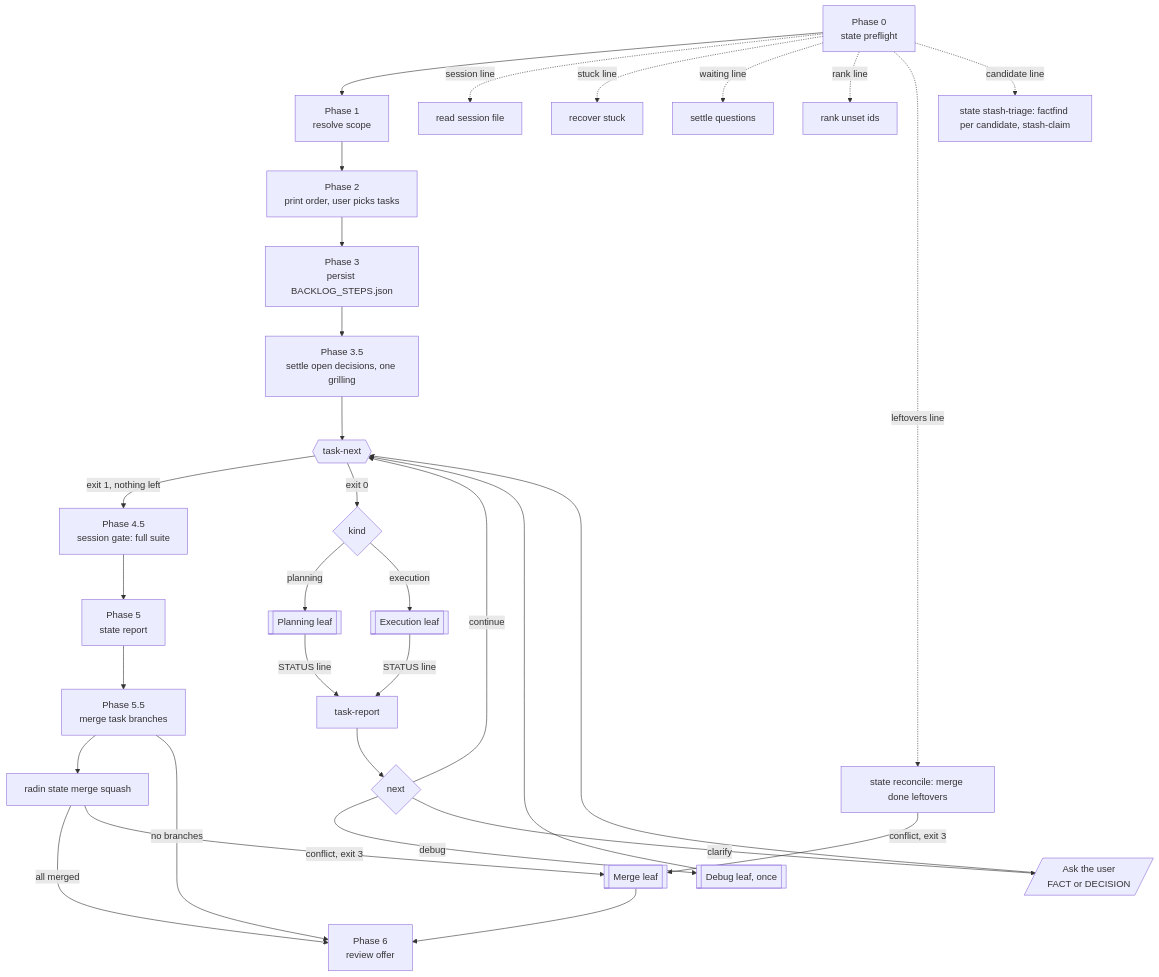
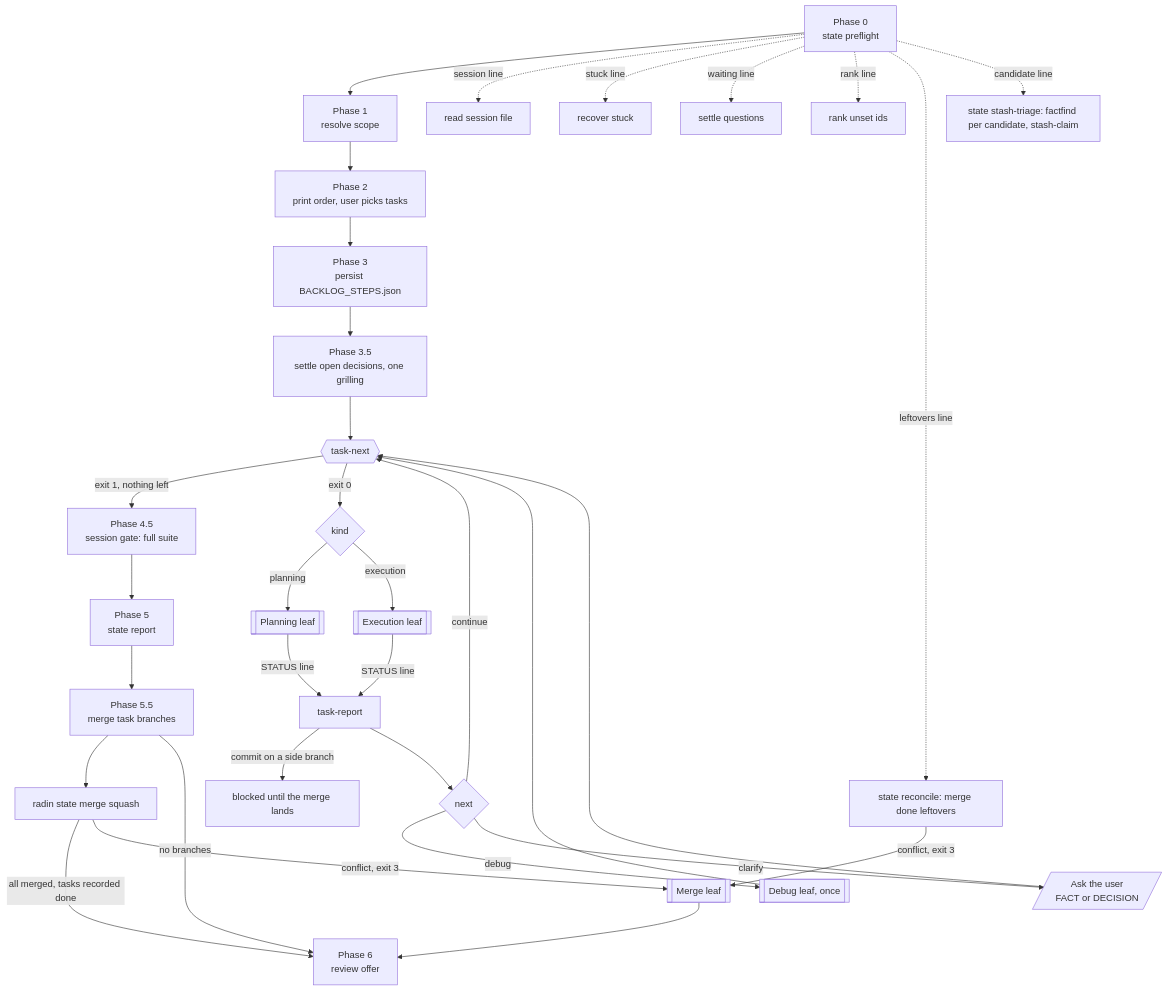
One commit to shortcuts/radin changed the diagram in docs/lifecycle/router-loop.mmd. Above: the diagram before and after it, drawn with Mermaid. The commit also changed 7 other files, not shown here.

First line of the commit message:
feat(state): count a task done only when its commit is in the base branch

```diff
--- a/docs/lifecycle/router-loop.mmd
+++ b/docs/lifecycle/router-loop.mmd
@@ -1,32 +1,33 @@
 flowchart TD
   p0[Phase 0<br/>state preflight] --> p1[Phase 1<br/>resolve scope]
   p0 -. session line .-> note1[read session file]
   p0 -. stuck line .-> note2[recover stuck]
   p0 -. waiting line .-> note3[settle questions]
   p0 -. rank line .-> note4[rank unset ids]
   p0 -. leftovers line .-> note5[state reconcile: merge done leftovers]
   note5 -- conflict, exit 3 --> leafM
   p0 -. candidate line .-> note6[state stash-triage: factfind per candidate, stash-claim]
   p1 --> p2[Phase 2<br/>print order, user picks tasks]
   p2 --> p3[Phase 3<br/>persist BACKLOG_STEPS.json]
   p3 --> p35[Phase 3.5<br/>settle open decisions, one grilling]
   p35 --> next{{task-next}}
   next -- exit 1, nothing left --> p45[Phase 4.5<br/>session gate: full suite]
   next -- exit 0 --> kind{kind}
   kind -- planning --> leafP[[Planning leaf]]
   kind -- execution --> leafE[[Execution leaf]]
   leafE -- STATUS line --> report[task-report]
   leafP -- STATUS line --> report
+  report -- commit on a side branch --> blocked[blocked until the merge lands]
   report --> route{next}
   route -- continue --> next
   route -- debug --> debug[[Debug leaf, once]]
   debug --> next
   route -- clarify --> user[/Ask the user<br/>FACT or DECISION/]
   user --> next
   p45 --> p5[Phase 5<br/>state report]
   p5 --> p55[Phase 5.5<br/>merge task branches]
   p55 --> mergeCli[radin state merge squash]
-  mergeCli -- all merged --> p6
+  mergeCli -- all merged, tasks recorded done --> p6
   mergeCli -- conflict, exit 3 --> leafM[[Merge leaf]]
   p55 -- no branches --> p6
   leafM --> p6[Phase 6<br/>review offer]
```
